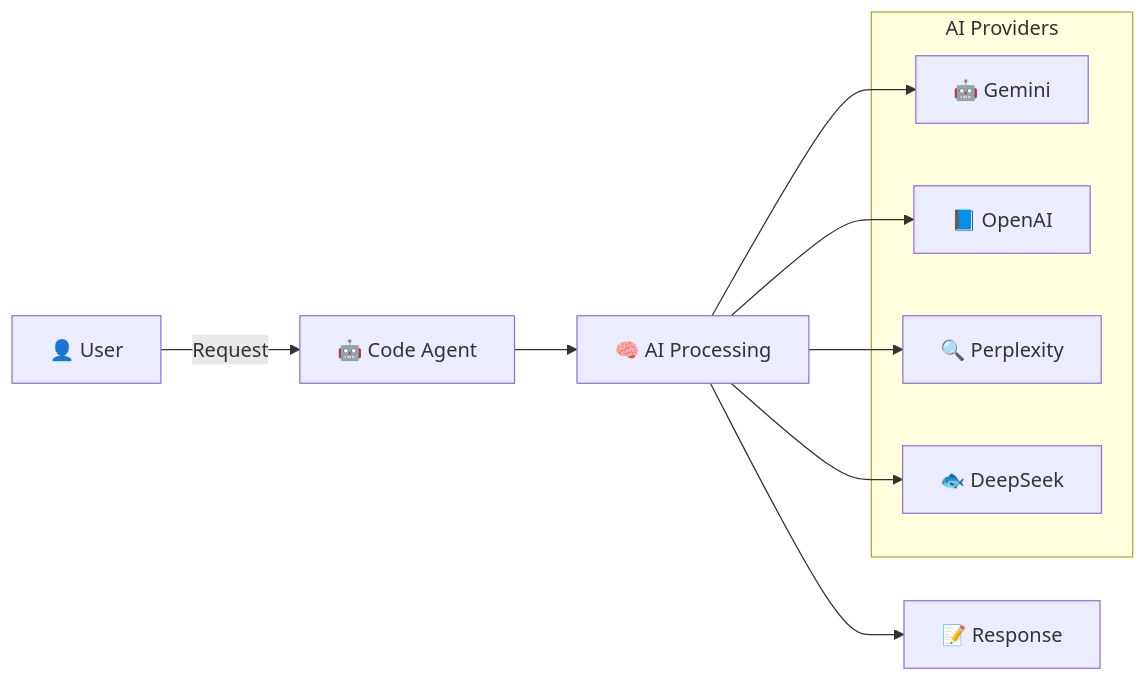
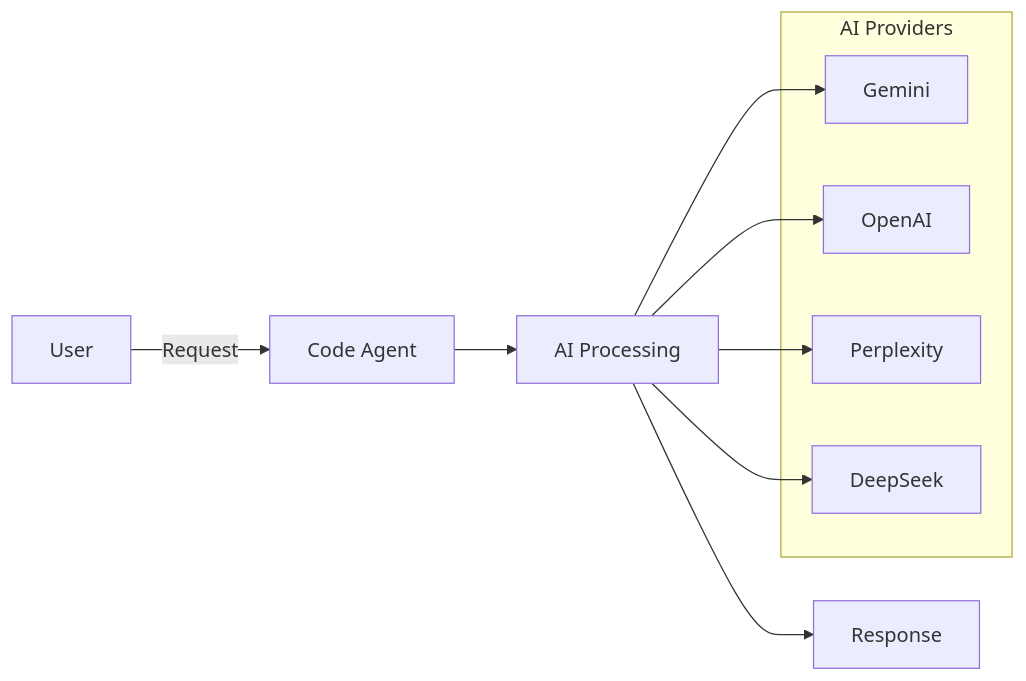
The first of 8 diagrams in README.md (amkyawdev/code-agent), drawn with Mermaid before and after one commit. The commit also changed other lines of this file, not shown here.

Commit message:
Fix: Mermaid diagrams - remove emojis for GitHub rendering

````diff
--- a/README.md
+++ b/README.md
@@ -24,18 +20,18 @@
 ```mermaid
 graph LR
-    A[👤 User] -->|Request| B[🤖 Code Agent]
-    B --> C[🧠 AI Processing]
-    C --> D[📝 Response]
+    A[User] -->|Request| B[Code Agent]
+    B --> C[AI Processing]
+    C --> D[Response]
     
     subgraph AI Providers
-        E[🤖 Gemini]
-        F[📘 OpenAI]
-        G[🔍 Perplexity]
-        H[🐟 DeepSeek]
+        E[Gemini]
+        F[OpenAI]
+        G[Perplexity]
+        H[DeepSeek]
     end
     
     C --> E
     C --> F
     C --> G
     C --> H
 ```
````
